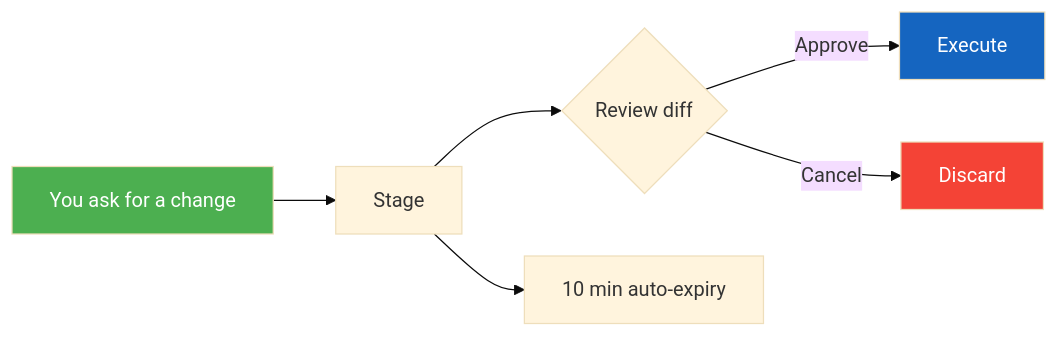
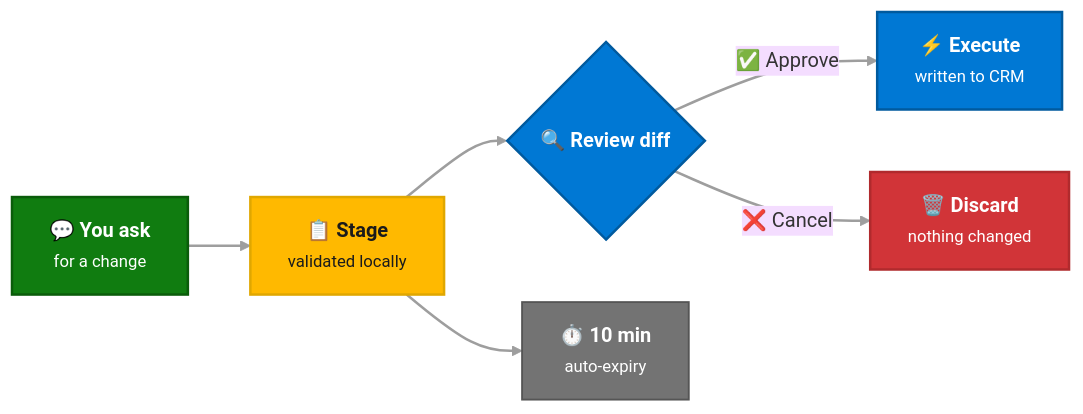
One commit to mjhoffmeister/MCAPS-IQ changed the diagram in site/docs/architecture/safety.md. Above: the diagram before and after it, drawn with Mermaid (base theme). The commit also changed other lines of this file and 57 other files, not shown here.

Commit message:
Refactor mkdocs configuration: remove navigation.expand, update mermaid format, and reorganize nav structure

````diff
--- a/site/docs/architecture/safety.md
+++ b/site/docs/architecture/safety.md
@@ -27,11 +29,17 @@
 ```mermaid
 graph LR
-    A[You ask for a change] --> B[Stage]
-    B --> C{Review diff}
-    C -->|Approve| D[Execute]
-    C -->|Cancel| E[Discard]
-    B --> F[10 min auto-expiry]
-    style A fill:#4CAF50,color:#fff
-    style D fill:#1565C0,color:#fff
-    style E fill:#f44336,color:#fff
+    A["💬 <b>You ask</b><br/><small>for a change</small>"] --> B["📋 <b>Stage</b><br/><small>validated locally</small>"]
+    B --> C{"🔍 <b>Review diff</b>"}
+    C -->|"✅ Approve"| D["⚡ <b>Execute</b><br/><small>written to CRM</small>"]
+    C -->|"❌ Cancel"| E["🗑️ <b>Discard</b><br/><small>nothing changed</small>"]
+    B --> F["⏱️ <b>10 min</b><br/><small>auto-expiry</small>"]
+
+    style A fill:#107C10,color:#fff,stroke:#0a5c0a,stroke-width:2px
+    style B fill:#FFB900,color:#1B1B1B,stroke:#e0a700,stroke-width:2px
+    style C fill:#0078D4,color:#fff,stroke:#005a9e,stroke-width:2px
+    style D fill:#0078D4,color:#fff,stroke:#005a9e,stroke-width:2px
+    style E fill:#D13438,color:#fff,stroke:#b02a2d,stroke-width:2px
+    style F fill:#737373,color:#fff,stroke:#555,stroke-width:1.5px
+
+    linkStyle default stroke:#9e9e9e,stroke-width:2px
 ```
````
